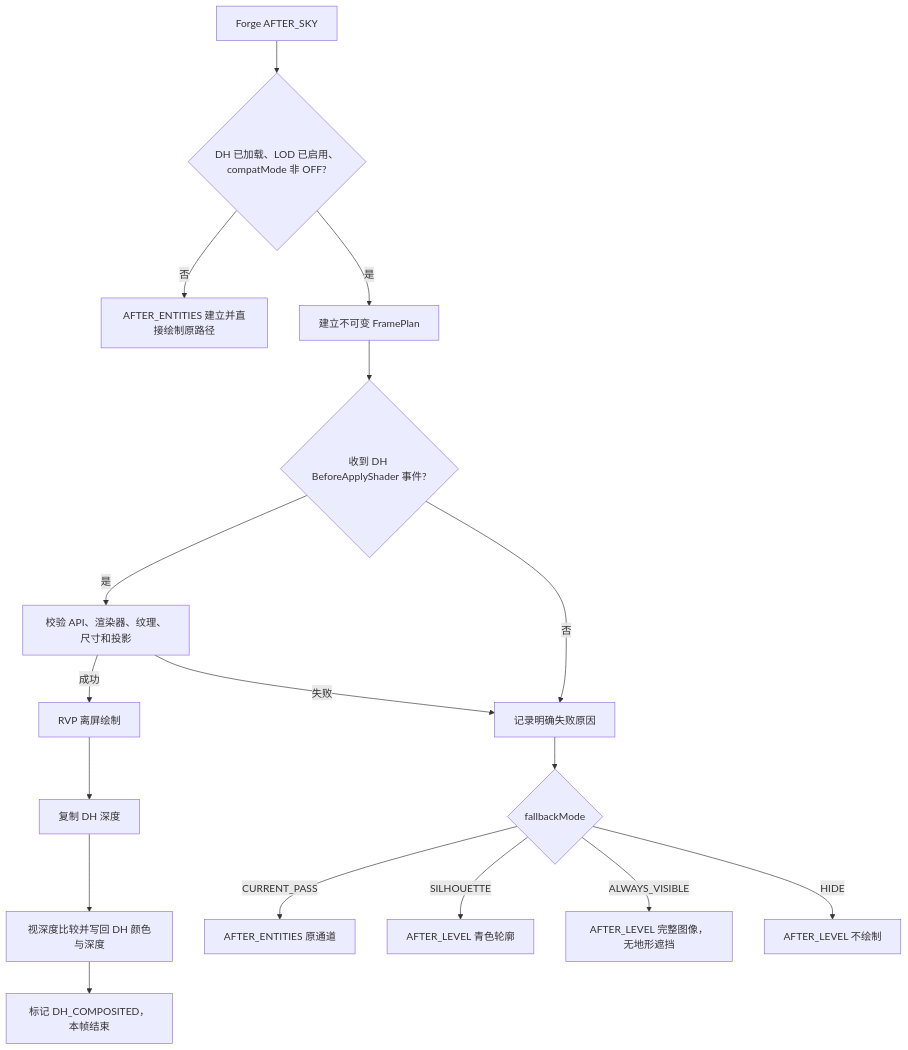
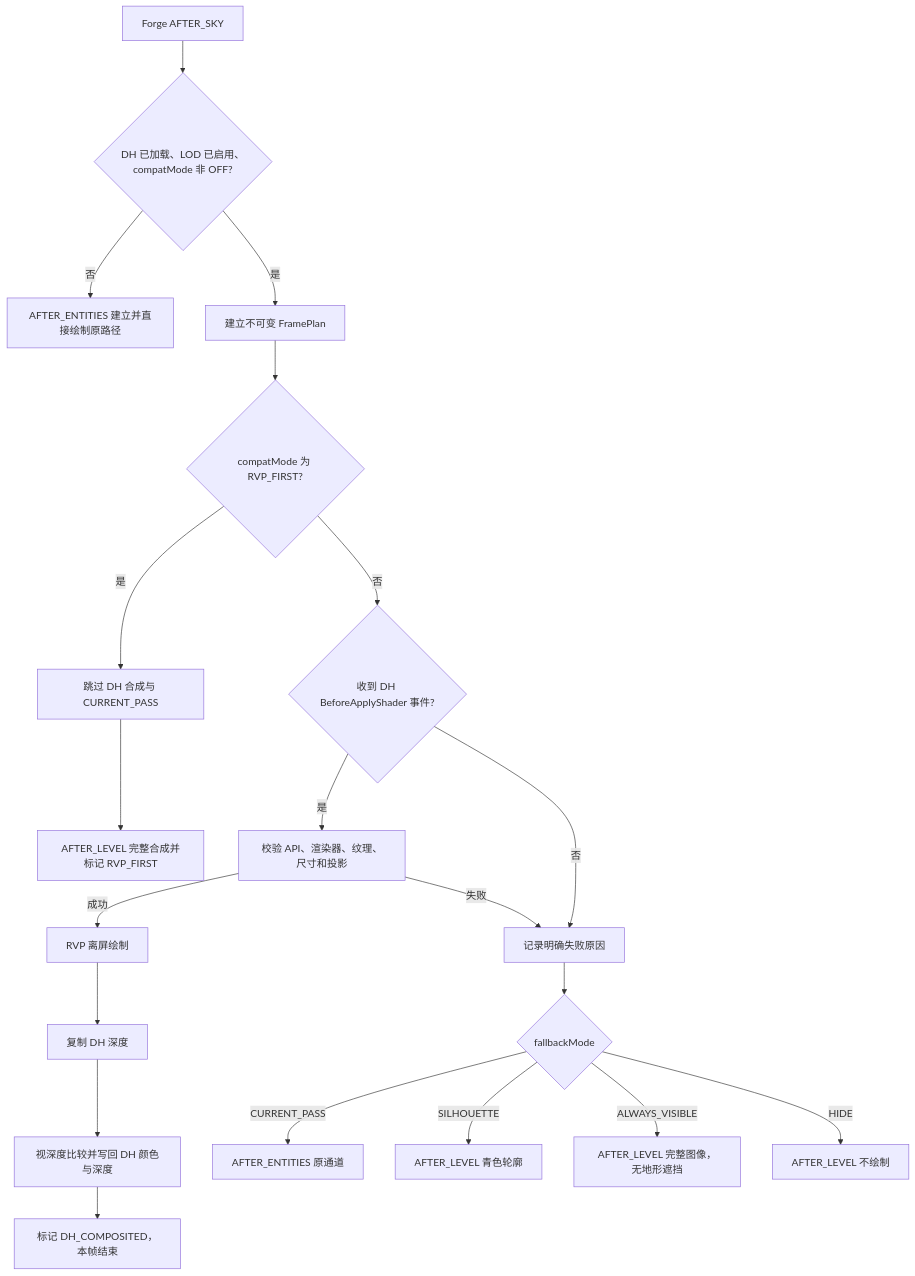
The diagram in docs/RVP超视距载具渲染/RVP_DistantHorizons地形LOD遮挡兼容技术文档与调参指南_20260829.md (TV90/limitless-vehicle-rvp-addon), drawn with Mermaid before and after one commit. The commit also changed other lines of this file and 7 other files, not shown here.

````diff
--- a/docs/RVP超视距载具渲染/RVP_DistantHorizons地形LOD遮挡兼容技术文档与调参指南_20260829.md
+++ b/docs/RVP超视距载具渲染/RVP_DistantHorizons地形LOD遮挡兼容技术文档与调参指南_20260829.md
@@ -50,19 +52,22 @@
 ```mermaid
 flowchart TD
     A[Forge AFTER_SKY] --> B{DH 已加载、LOD 已启用、compatMode 非 OFF?}
     B -- 否 --> C[AFTER_ENTITIES 建立并直接绘制原路径]
     B -- 是 --> D[建立不可变 FramePlan]
-    D --> E{收到 DH BeforeApplyShader 事件?}
+    D --> Q{compatMode 为 RVP_FIRST?}
+    Q -- 是 --> R[跳过 DH 合成与 CURRENT_PASS]
+    R --> S[AFTER_LEVEL 完整合成并标记 RVP_FIRST]
+    Q -- 否 --> E{收到 DH BeforeApplyShader 事件?}
     E -- 是 --> F[校验 API、渲染器、纹理、尺寸和投影]
     F -- 成功 --> G[RVP 离屏绘制]
     G --> H[复制 DH 深度]
     H --> I[视深度比较并写回 DH 颜色与深度]
     I --> J[标记 DH_COMPOSITED，本帧结束]
     F -- 失败 --> K[记录明确失败原因]
     E -- 否 --> K
     K --> L{fallbackMode}
     L -- CURRENT_PASS --> M[AFTER_ENTITIES 原通道]
     L -- SILHOUETTE --> N[AFTER_LEVEL 青色轮廓]
     L -- ALWAYS_VISIBLE --> O[AFTER_LEVEL 完整图像，无地形遮挡]
     L -- HIDE --> P[AFTER_LEVEL 不绘制]
 ```
````
